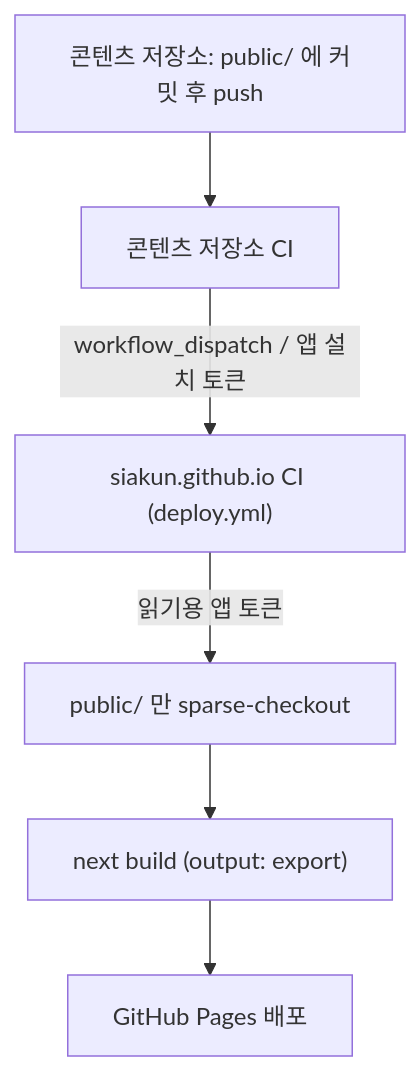
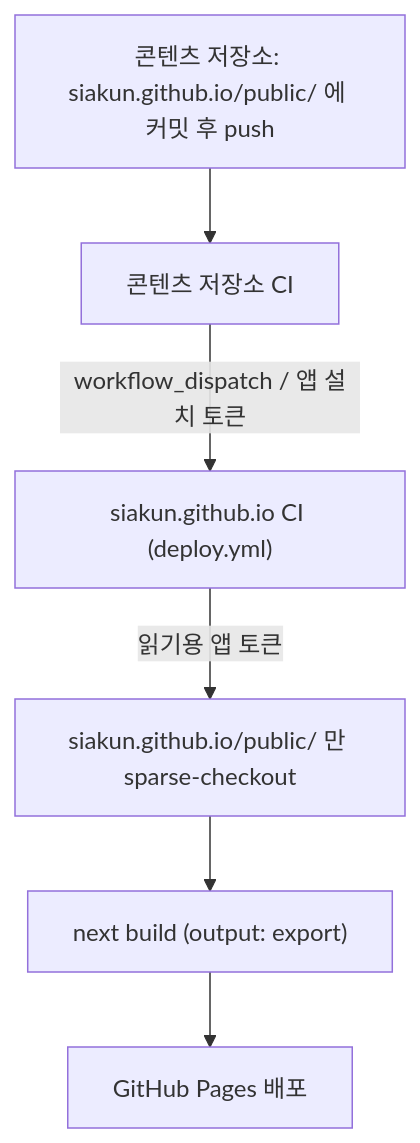
Before and after one commit to siakun/siakun.github.io: the diagram in docs/[20260809-Plan] content-repo-separation.md, drawn with Mermaid. The commit also changed other lines of this file and 8 other files, not shown here.

````diff
--- a/docs/[20260809-Plan] content-repo-separation.md
+++ b/docs/[20260809-Plan] content-repo-separation.md
@@ -37,14 +37,14 @@
 ```mermaid
 flowchart TD
-    A["콘텐츠 저장소: public/ 에 커밋 후 push"]
+    A["콘텐츠 저장소: siakun.github.io/public/ 에 커밋 후 push"]
     B["콘텐츠 저장소 CI"]
     C["siakun.github.io CI (deploy.yml)"]
-    D["public/ 만 sparse-checkout"]
+    D["siakun.github.io/public/ 만 sparse-checkout"]
     E["next build (output: export)"]
     F["GitHub Pages 배포"]
 
     A --> B
     B -- "workflow_dispatch / 앱 설치 토큰" --> C
     C -- "읽기용 앱 토큰" --> D
     D --> E --> F
 ```
````
